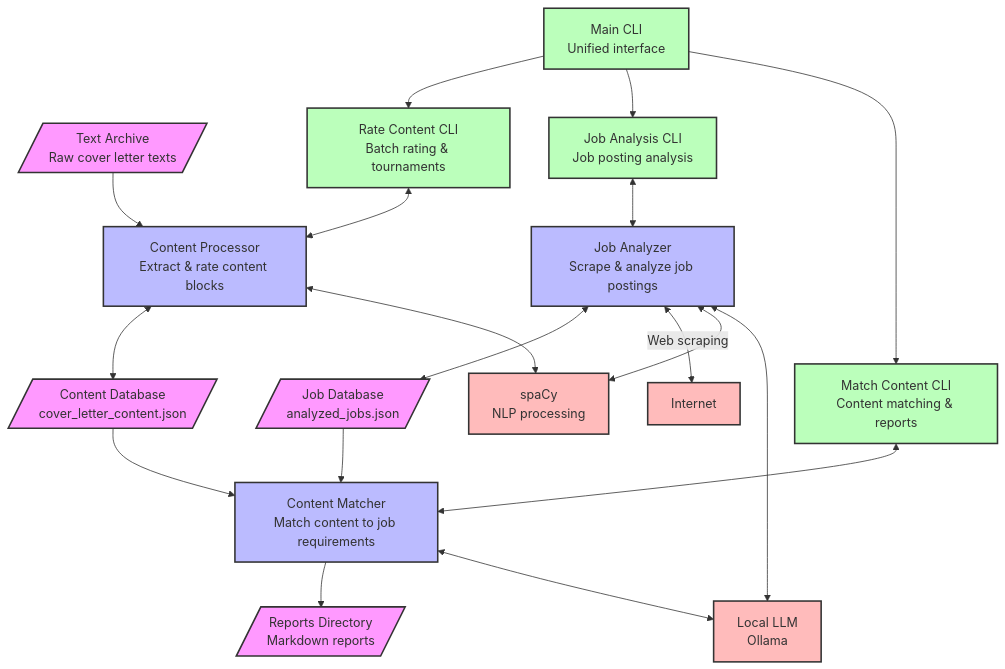
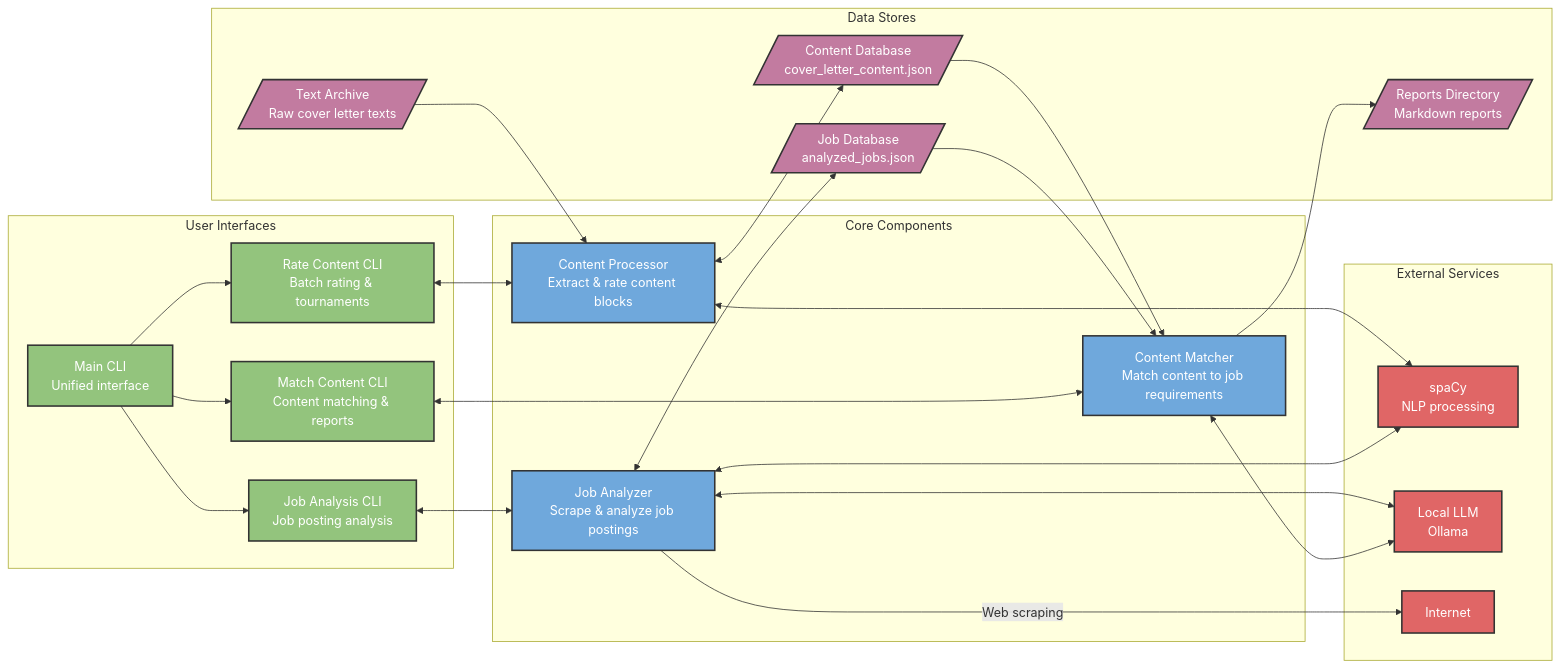
The diagram in coverletter_wiz/README.md (jonamar/coverletter_wiz), drawn with Mermaid before and after one commit.

Commit message:
Improve mermaid diagram layout and enhance visual contrast with subgraphs

````diff
--- a/coverletter_wiz/README.md
+++ b/coverletter_wiz/README.md
@@ -16,70 +16,67 @@
 ```mermaid
-flowchart TD
-    %% Data Stores
-    RawText[/"Text Archive
-Raw cover letter texts"/]
-    ContentDB[/"Content Database
-cover_letter_content.json"/]
-    JobDB[/"Job Database
-analyzed_jobs.json"/]
-    Reports[/"Reports Directory
-Markdown reports"/]
-    
-    %% Core Components
-    ContentProcessor["Content Processor
-Extract & rate content blocks"]
-    JobAnalyzer["Job Analyzer
-Scrape & analyze job postings"]
-    ContentMatcher["Content Matcher
-Match content to job requirements"]
-    
-    %% User Interfaces
-    RateUI["Rate Content CLI
-Batch rating & tournaments"]
-    JobUI["Job Analysis CLI
-Job posting analysis"]
-    MatchUI["Match Content CLI
-Content matching & reports"]
-    MainUI["Main CLI
-Unified interface"]
-    
-    %% External Services
-    SpaCy["spaCy
-NLP processing"]
-    LLM["Local LLM
-Ollama"]
-    
-    %% Flow
-    RawText --> ContentProcessor
-    ContentProcessor <--> ContentDB
-    JobAnalyzer <--> JobDB
-    JobAnalyzer <-- Web scraping --> Internet
-    
-    ContentProcessor <--> SpaCy
-    JobAnalyzer <--> SpaCy
-    JobAnalyzer <--> LLM
-    
-    ContentDB --> ContentMatcher
-    JobDB --> ContentMatcher
-    ContentMatcher --> Reports
-    ContentMatcher <--> LLM
-    
-    RateUI <--> ContentProcessor
-    JobUI <--> JobAnalyzer
-    MatchUI <--> ContentMatcher
-    
-    MainUI --> RateUI
-    MainUI --> JobUI
-    MainUI --> MatchUI
-    
-    %% Styles
-    classDef dataStore fill:#f9f,stroke:#333,stroke-width:2px;
-    classDef core fill:#bbf,stroke:#333,stroke-width:2px;
-    classDef ui fill:#bfb,stroke:#333,stroke-width:2px;
-    classDef external fill:#fbb,stroke:#333,stroke-width:2px;
-    
-    class RawText,ContentDB,JobDB,Reports dataStore;
-    class ContentProcessor,JobAnalyzer,ContentMatcher core;
-    class RateUI,JobUI,MatchUI,MainUI ui;
-    class SpaCy,LLM,Internet external;
+flowchart LR
+  %% Data Stores
+  subgraph DS[Data Stores]
+      RawText[/"Text Archive<br>Raw cover letter texts"/]
+      ContentDB[/"Content Database<br>cover_letter_content.json"/]
+      JobDB[/"Job Database<br>analyzed_jobs.json"/]
+      Reports[/"Reports Directory<br>Markdown reports"/]
+  end
+
+  %% Core Components
+  subgraph Core[Core Components]
+      ContentProcessor["Content Processor<br>Extract & rate content blocks"]
+      JobAnalyzer["Job Analyzer<br>Scrape & analyze job postings"]
+      ContentMatcher["Content Matcher<br>Match content to job requirements"]
+  end
+
+  %% External Services
+  subgraph Ext[External Services]
+      SpaCy["spaCy<br>NLP processing"]
+      LLM["Local LLM<br>Ollama"]
+      Internet["Internet"]
+  end
+
+  %% User Interfaces
+  subgraph UI[User Interfaces]
+      RateUI["Rate Content CLI<br>Batch rating & tournaments"]
+      JobUI["Job Analysis CLI<br>Job posting analysis"]
+      MatchUI["Match Content CLI<br>Content matching & reports"]
+      MainUI["Main CLI<br>Unified interface"]
+  end
+
+  %% Flows (connections remain unchanged)
+  RawText --> ContentProcessor
+  ContentProcessor <--> ContentDB
+
+  JobAnalyzer <--> JobDB
+  JobAnalyzer -->|Web scraping| Internet
+
+  ContentProcessor <--> SpaCy
+  JobAnalyzer <--> SpaCy
+  JobAnalyzer <--> LLM
+
+  ContentDB --> ContentMatcher
+  JobDB --> ContentMatcher
+  ContentMatcher --> Reports
+  ContentMatcher <--> LLM
+
+  RateUI <--> ContentProcessor
+  JobUI <--> JobAnalyzer
+  MatchUI <--> ContentMatcher
+
+  MainUI --> RateUI
+  MainUI --> JobUI
+  MainUI --> MatchUI
+  
+  %% Style Definitions (High contrast)
+  classDef dataStore fill:#c27ba0,stroke:#333,stroke-width:2px,color:#fff;
+  classDef core fill:#6fa8dc,stroke:#333,stroke-width:2px,color:#fff;
+  classDef ui fill:#93c47d,stroke:#333,stroke-width:2px,color:#fff;
+  classDef external fill:#e06666,stroke:#333,stroke-width:2px,color:#fff;
+  
+  class RawText,ContentDB,JobDB,Reports dataStore;
+  class ContentProcessor,JobAnalyzer,ContentMatcher core;
+  class RateUI,JobUI,MatchUI,MainUI ui;
+  class SpaCy,LLM,Internet external;
 ```
````
